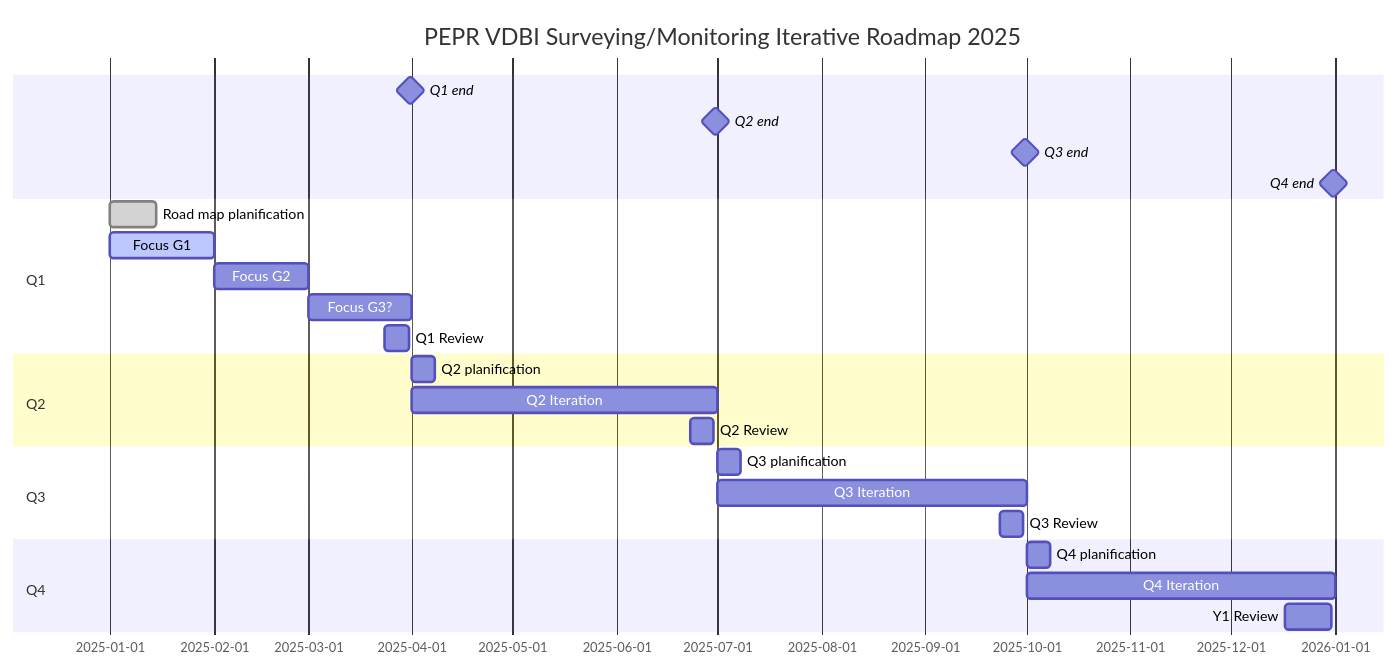
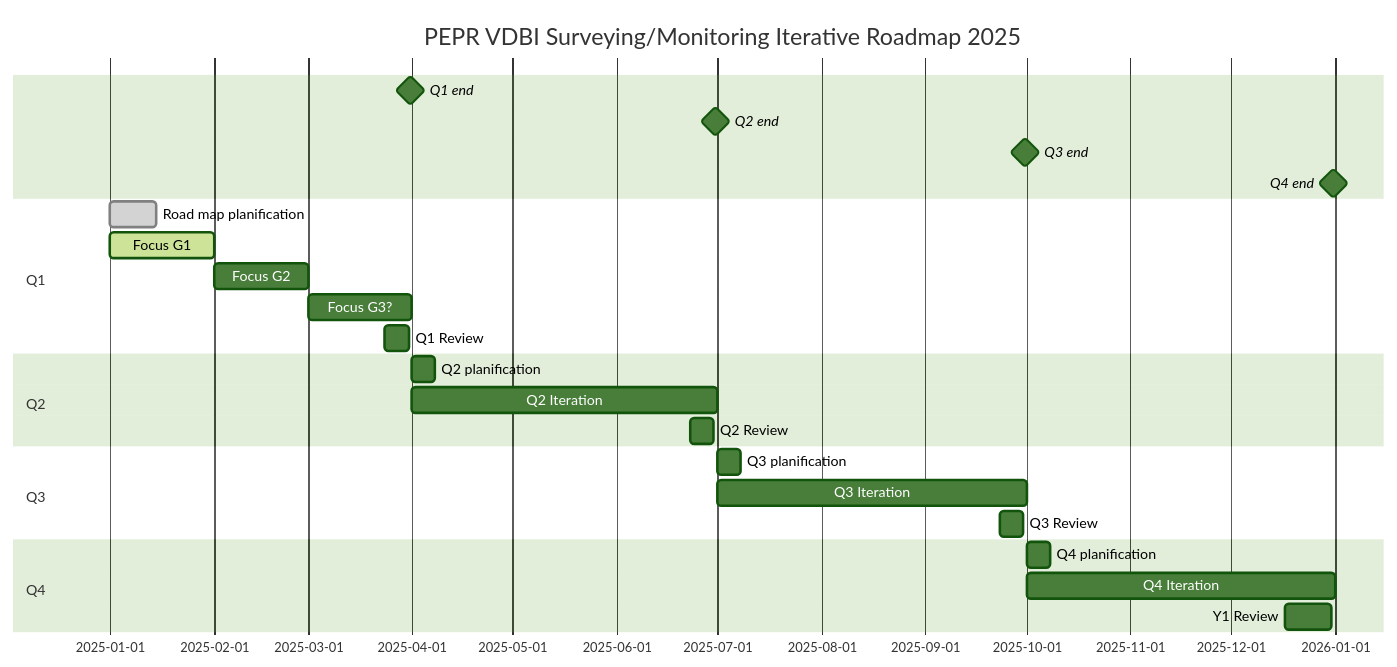
Before and after one commit to VCityTeam/PEPR-VDBI: the diagram in README.md, drawn with Mermaid. The commit also changed 8 other files, not shown here.

Commit message:
update mermaid themes for light backgrounds

````diff
--- a/README.md
+++ b/README.md
@@ -31,33 +31,37 @@
 ```mermaid
+---
+config:
+  theme: forest
+---
 gantt
     title PEPR VDBI Surveying/Monitoring Iterative Roadmap 2025
     dateFormat  DD-MM-YYYY
 
     %name                           %status     %tag    %start          %duration
     Q1 end                          :milestone, q1,     31-03-2025,     1d
     Q2 end                          :milestone, q2,     30-06-2025,     1d
     Q3 end                          :milestone, q3,     30-09-2025,     1d
     Q4 end                          :milestone, q4,     31-12-2025,     1d
 
     section Q1
     Road map planification          :done,      q1-1,   01-01-2025,     2w
     Focus G1                        :active,    q1-f1,  01-01-2025,     1M
     Focus G2                        :           q1-f2,  after q1-f1,    1M
     Focus G3?                       :           q1-f3,  after q1-f2,    1M
     Q1 Review                       :           q1-3,   24-03-2025,     1w
 
     section Q2
     Q2 planification                :           q2-1,   after q1,       1w
     Q2 Iteration                    :           q2-2,   after q1,       3M
     Q2 Review                       :           q2-3,   23-06-2025,     1w
 
     section Q3
     Q3 planification                :           q3-1,   after q2,       1w
     Q3 Iteration                    :           q3-2,   after q2,       3M
     Q3 Review                       :           q3-3,   23-09-2025,     1w
 
     section Q4
     Q4 planification                :           q4-1,   after q3,       1w
     Q4 Iteration                    :           q4-2,   after q3,       3M
     Y1 Review                       :           q4-3,   17-12-2025,     2w
 ```
````
